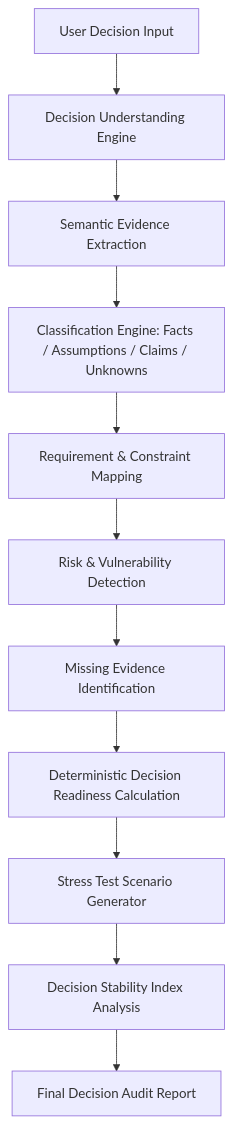
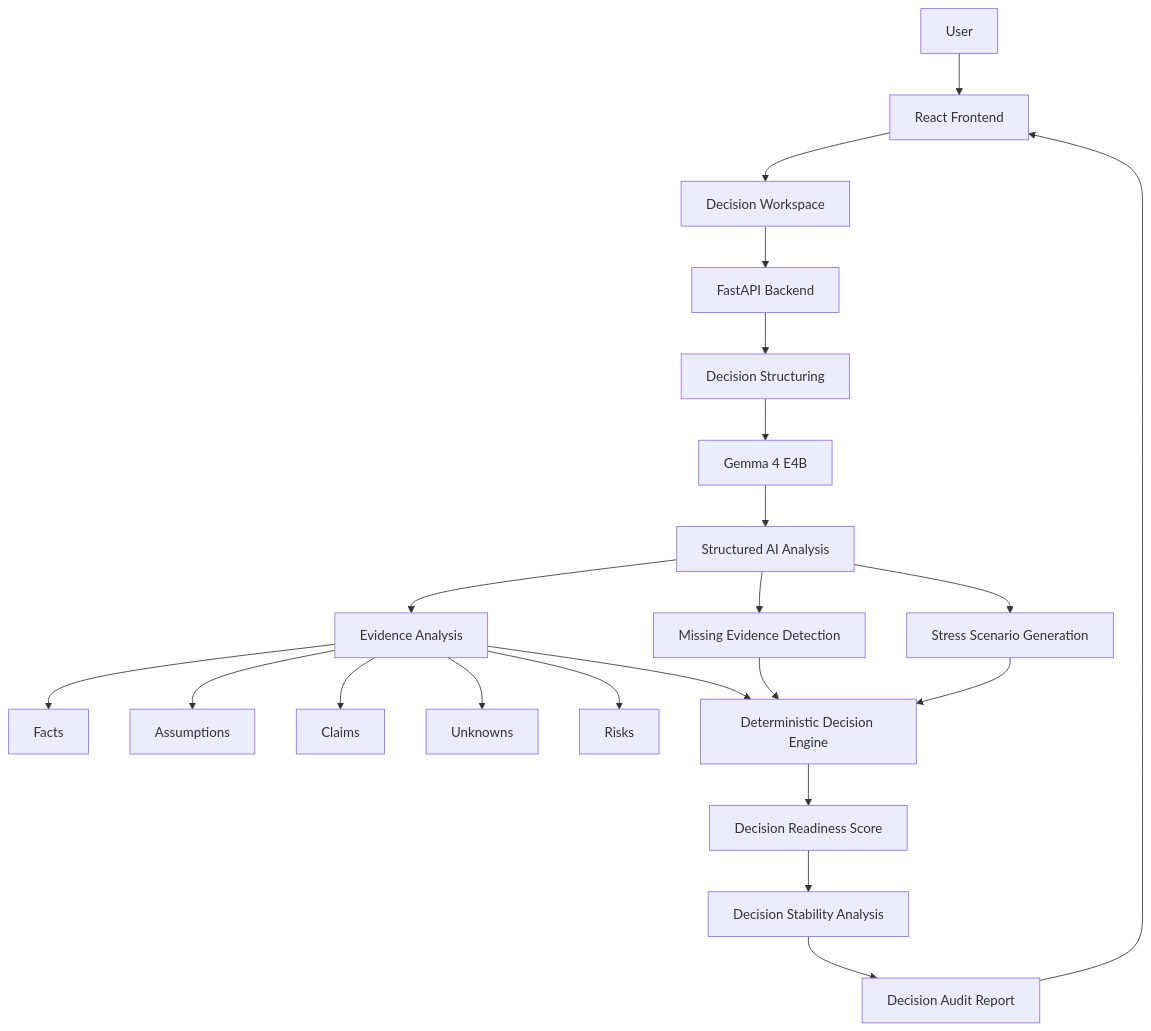
The diagram in README.md (Praveen-Raj-Thulasi/DecisionAI), drawn with Mermaid before and after one commit. The commit also changed other lines of this file, not shown here.

````diff
--- a/README.md
+++ b/README.md
@@ -126,13 +275,40 @@
 ```mermaid
 flowchart TD
-    A[User Decision Input] --> B[Decision Understanding Engine]
-    B --> C[Semantic Evidence Extraction]
-    C --> D[Classification Engine: Facts / Assumptions / Claims / Unknowns]
-    D --> E[Requirement & Constraint Mapping]
-    E --> F[Risk & Vulnerability Detection]
-    F --> G[Missing Evidence Identification]
-    G --> H[Deterministic Decision Readiness Calculation]
-    H --> I[Stress Test Scenario Generator]
-    I --> J[Decision Stability Index Analysis]
-    J --> K[Final Decision Audit Report]
+
+    A[User] --> B[React Frontend]
+
+    B --> C[Decision Workspace]
+
+    C --> D[FastAPI Backend]
+
+    D --> E[Decision Structuring]
+
+    E --> F[Gemma 4 E4B]
+
+    F --> G[Structured AI Analysis]
+
+    G --> H[Evidence Analysis]
+
+    H --> H1[Facts]
+    H --> H2[Assumptions]
+    H --> H3[Claims]
+    H --> H4[Unknowns]
+    H --> H5[Risks]
+
+    G --> I[Missing Evidence Detection]
+
+    G --> J[Stress Scenario Generation]
+
+    H --> K[Deterministic Decision Engine]
+
+    I --> K
+    J --> K
+
+    K --> L[Decision Readiness Score]
+
+    L --> M[Decision Stability Analysis]
+
+    M --> N[Decision Audit Report]
+
+    N --> B
 ```
````
